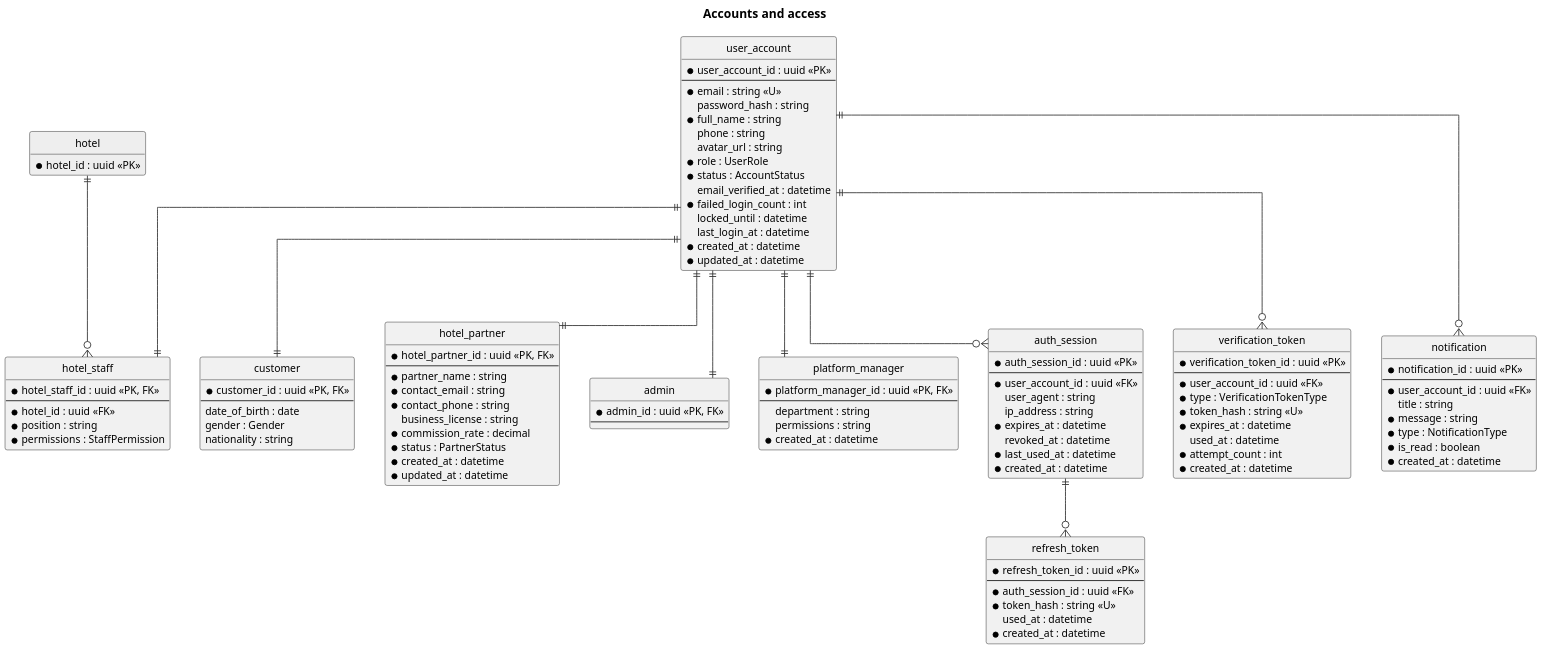
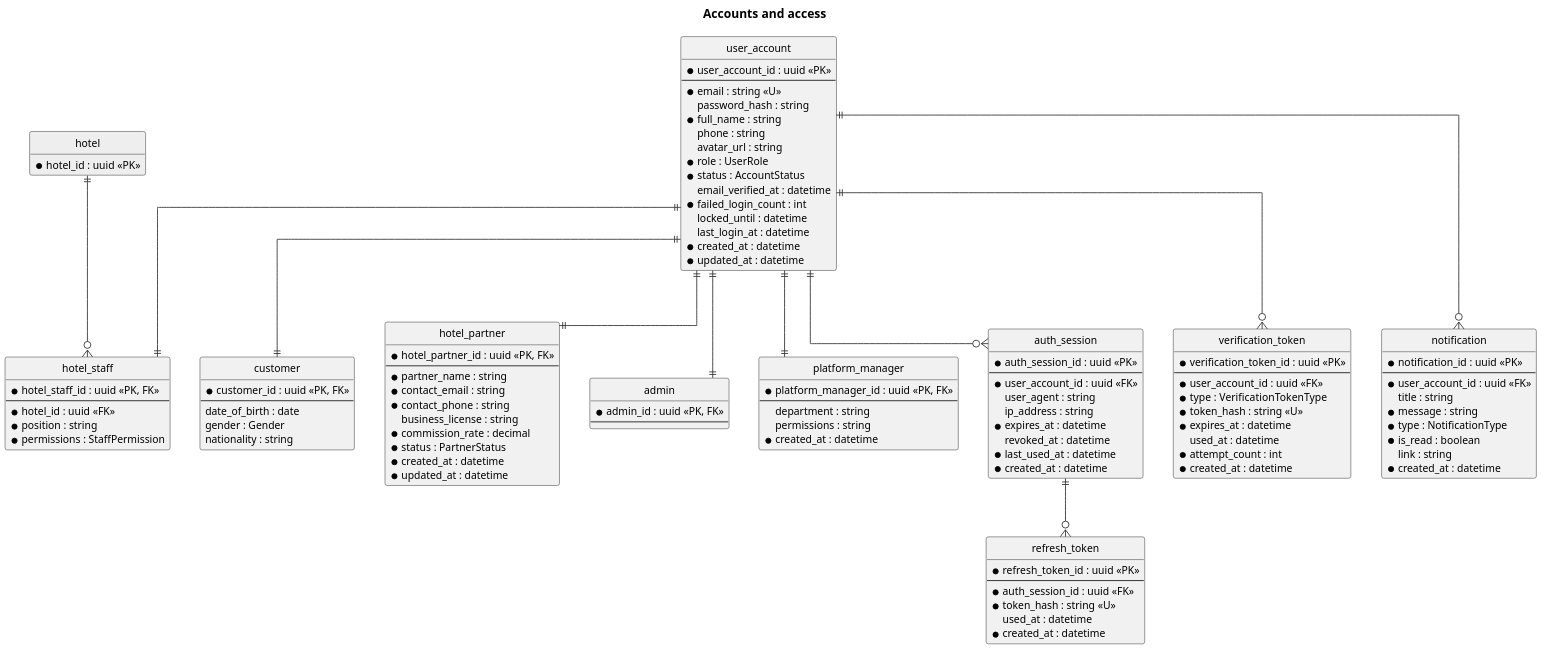
The diagram in docs/diagrams/erd_1_accounts_en.puml (KnightChovy/stay-reco), drawn with PlantUML before and after one commit. The commit also changed 18 other files, not shown here.

First line of the commit message:
docs: diagram sources match every Report 4 figure

```diff
--- a/docs/diagrams/erd_1_accounts_en.puml
+++ b/docs/diagrams/erd_1_accounts_en.puml
@@ -1,126 +1,127 @@
 @startuml
 skinparam dpi 180
 skinparam shadowing false
 skinparam linetype ortho
 skinparam defaultFontName Helvetica
 skinparam defaultFontSize 12
 skinparam entity {
   BackgroundColor #FFFFFF
   BorderColor #333333
   FontStyle bold
 }
 skinparam ArrowColor #333333
 hide circle
 hide methods
 
 title Accounts and access
 
 entity "user_account" as user_account {
   * user_account_id : uuid <<PK>>
   --
   * email : string <<U>>
   password_hash : string
   * full_name : string
   phone : string
   avatar_url : string
   * role : UserRole
   * status : AccountStatus
   email_verified_at : datetime
   * failed_login_count : int
   locked_until : datetime
   last_login_at : datetime
   * created_at : datetime
   * updated_at : datetime
 }
 entity "customer" as customer {
   * customer_id : uuid <<PK, FK>>
   --
   date_of_birth : date
   gender : Gender
   nationality : string
 }
 entity "hotel_partner" as hotel_partner {
   * hotel_partner_id : uuid <<PK, FK>>
   --
   * partner_name : string
   * contact_email : string
   * contact_phone : string
   business_license : string
   * commission_rate : decimal
   * status : PartnerStatus
   * created_at : datetime
   * updated_at : datetime
 }
 entity "hotel_staff" as hotel_staff {
   * hotel_staff_id : uuid <<PK, FK>>
   --
   * hotel_id : uuid <<FK>>
   * position : string
   * permissions : StaffPermission
 }
 entity "admin" as admin {
   * admin_id : uuid <<PK, FK>>
   --
 }
 entity "platform_manager" as platform_manager {
   * platform_manager_id : uuid <<PK, FK>>
   --
   department : string
   permissions : string
   * created_at : datetime
 }
 entity "auth_session" as auth_session {
   * auth_session_id : uuid <<PK>>
   --
   * user_account_id : uuid <<FK>>
   user_agent : string
   ip_address : string
   * expires_at : datetime
   revoked_at : datetime
   * last_used_at : datetime
   * created_at : datetime
 }
 entity "refresh_token" as refresh_token {
   * refresh_token_id : uuid <<PK>>
   --
   * auth_session_id : uuid <<FK>>
   * token_hash : string <<U>>
   used_at : datetime
   * created_at : datetime
 }
 entity "verification_token" as verification_token {
   * verification_token_id : uuid <<PK>>
   --
   * user_account_id : uuid <<FK>>
   * type : VerificationTokenType
   * token_hash : string <<U>>
   * expires_at : datetime
   used_at : datetime
   * attempt_count : int
   * created_at : datetime
 }
 entity "notification" as notification {
   * notification_id : uuid <<PK>>
   --
   * user_account_id : uuid <<FK>>
   title : string
   * message : string
   * type : NotificationType
   * is_read : boolean
+  link : string
   * created_at : datetime
 }
 entity "hotel" as hotel #EEEEEE {
   * hotel_id : uuid <<PK>>
 }
 
 auth_session ||--o{ refresh_token
 hotel ||--o{ hotel_staff
 user_account ||--o{ auth_session
 user_account ||--o{ notification
 user_account ||--o{ verification_token
 user_account ||--|| admin
 user_account ||--|| customer
 user_account ||--|| hotel_partner
 user_account ||--|| hotel_staff
 user_account ||--|| platform_manager
 @enduml
```
